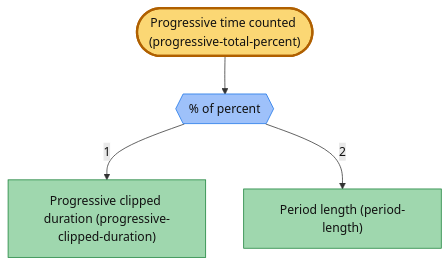
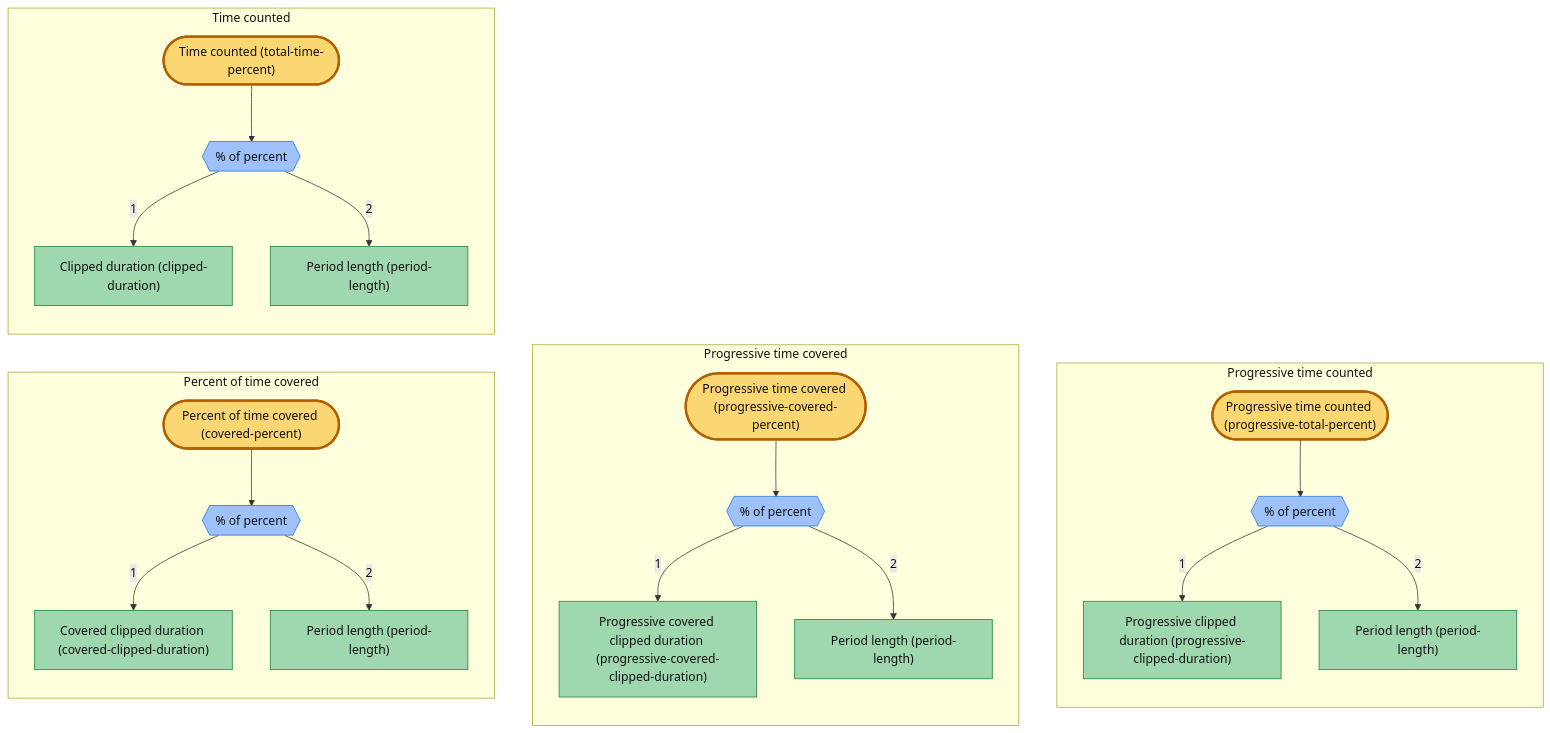
One commit to organizzolini/codebase changed the fourth of 4 diagrams in projects/caelundas/caelundas-db/documentation/metric-expressions.md. Above: the diagram before and after it, drawn with Mermaid. The commit also changed other lines of this file and 247 other files, not shown here.

Commit message:
feat(caelundas,persistence): ✨ rework the calendar views, tag structure and compact graph docs

````diff
--- a/projects/caelundas/caelundas-db/documentation/metric-expressions.md
+++ b/projects/caelundas/caelundas-db/documentation/metric-expressions.md
@@ -226,18 +140,35 @@
 ```mermaid
-flowchart TB
+flowchart LR
     classDef operator fill:#9ec1fa,stroke:#1a73e8,color:#111
     classDef measure fill:#9fd7ae,stroke:#188038,color:#111
     classDef metric fill:#fbd774,stroke:#b06000,color:#111
     classDef root fill:#fbd774,stroke:#b06000,stroke-width:3px,color:#111
-    n0(["Progressive time counted (progressive-total-percent)"])
-    n1{{"% of percent"}}
-    n2["Progressive clipped duration (progressive-clipped-duration)"]
-    n3["Period length (period-length)"]
-    n0 --> n1
-    n1 -->|"1"| n2
-    n1 -->|"2"| n3
-    class n0 root
-    class n1 operator
-    class n2 measure
-    class n3 measure
+    subgraph m0["Percent of time covered"]
+        direction TB
+        m0n0(["Percent of time covered (covered-percent)"]) --> m0n1{{"% of percent"}}
+        m0n1 -->|"1"| m0n2["Covered clipped duration (covered-clipped-duration)"]
+        m0n1 -->|"2"| m0n3["Period length (period-length)"]
+    end
+    subgraph m1["Progressive time covered"]
+        direction TB
+        m1n0(["Progressive time covered (progressive-covered-percent)"]) --> m1n1{{"% of percent"}}
+        m1n1 -->|"1"| m1n2["Progressive covered clipped duration (progressive-covered-clipped-duration)"]
+        m1n1 -->|"2"| m1n3["Period length (period-length)"]
+    end
+    subgraph m2["Progressive time counted"]
+        direction TB
+        m2n0(["Progressive time counted (progressive-total-percent)"]) --> m2n1{{"% of percent"}}
+        m2n1 -->|"1"| m2n2["Progressive clipped duration (progressive-clipped-duration)"]
+        m2n1 -->|"2"| m2n3["Period length (period-length)"]
+    end
+    subgraph m3["Time counted"]
+        direction TB
+        m3n0(["Time counted (total-time-percent)"]) --> m3n1{{"% of percent"}}
+        m3n1 -->|"1"| m3n2["Clipped duration (clipped-duration)"]
+        m3n1 -->|"2"| m3n3["Period length (period-length)"]
+    end
+    m0 ~~~ m1 ~~~ m2
+    class m0n0,m1n0,m2n0,m3n0 root
+    class m0n1,m1n1,m2n1,m3n1 operator
+    class m0n2,m0n3,m1n2,m1n3,m2n2,m2n3,m3n2,m3n3 measure
 ```
````
